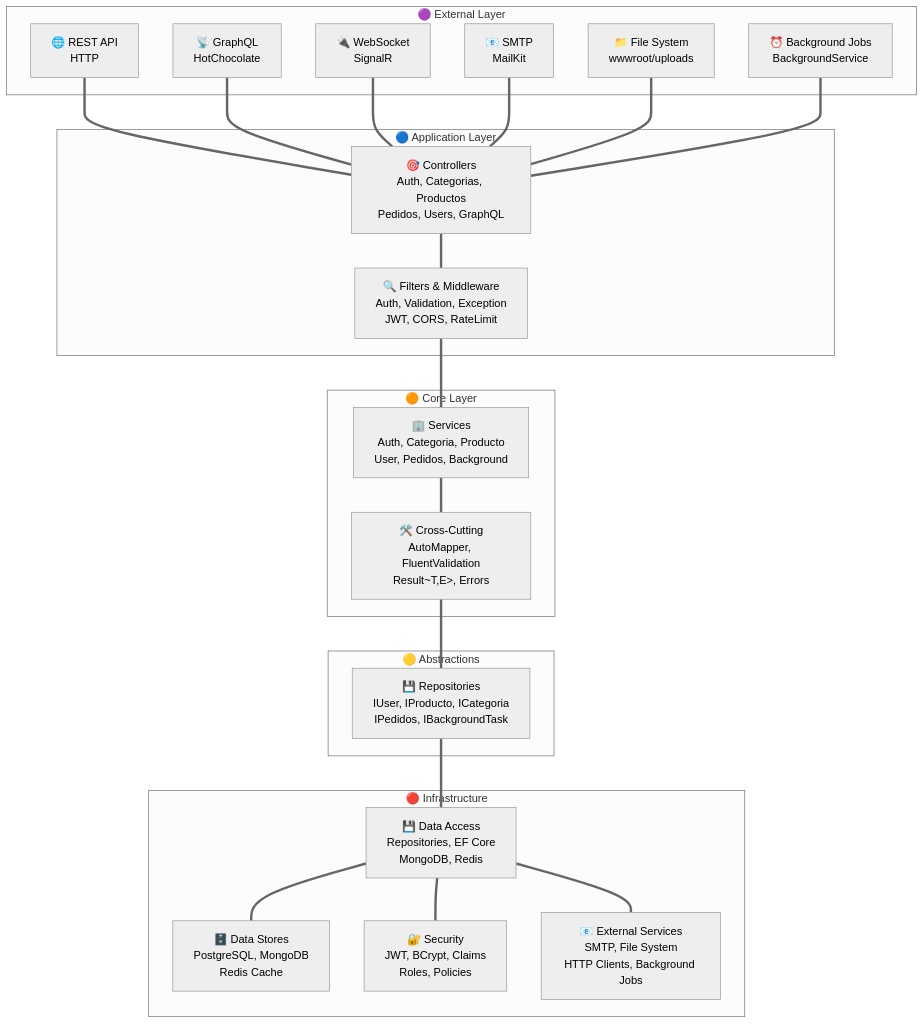
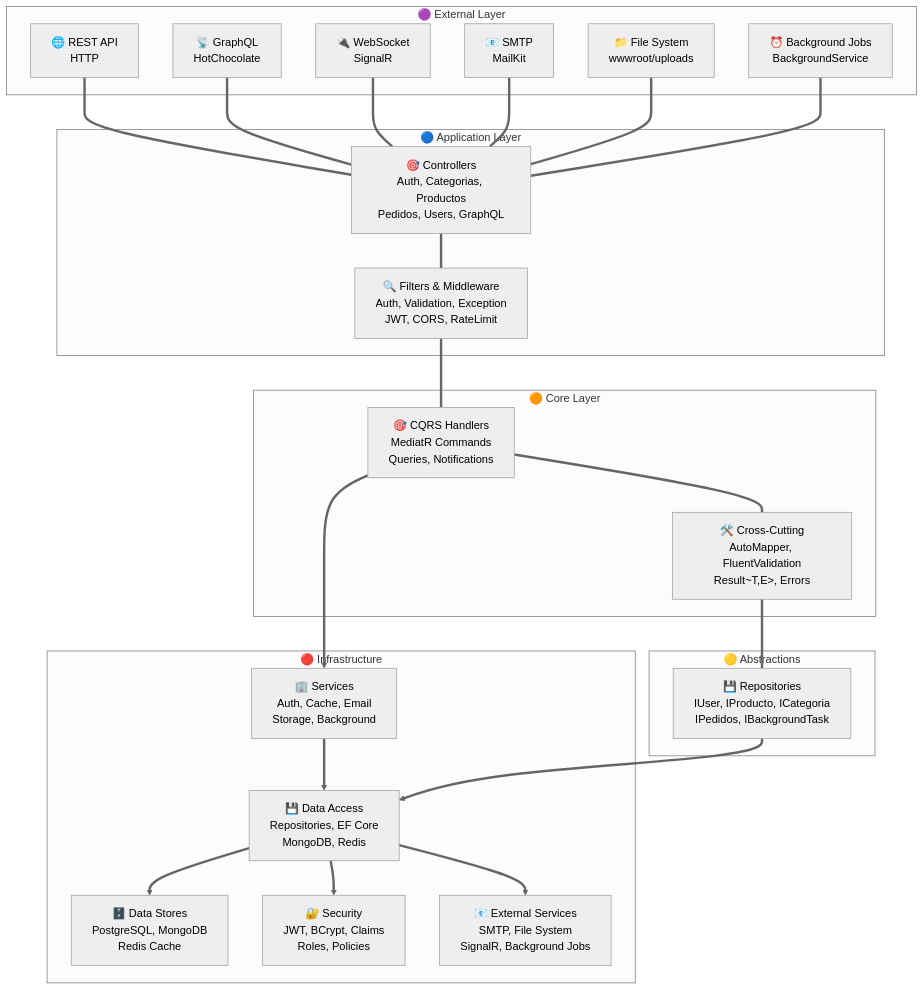
The fifth of 7 diagrams in README.md (joseluisgs/TiendaDawApi-Cqrs-MediatR-NetCore), drawn with Mermaid (neutral theme) before and after one commit. The commit also changed other lines of this file, not shown here.

Commit message:
refactor: mejorar la documentación y estructura del README.md para reflejar la implementación de CQRS con MediatR

````diff
--- a/README.md
+++ b/README.md
@@ -835,40 +822,43 @@
 ```mermaid
 graph TB
     subgraph "🟣 External Layer" 
         REST["🌐 REST API<br/>HTTP"]
         GQL["📡 GraphQL<br/>HotChocolate"]
         WS["🔌 WebSocket<br/>SignalR"]
         SMTP["📧 SMTP<br/>MailKit"]
         FS["📁 File System<br/>wwwroot/uploads"]
         BG["⏰ Background Jobs<br/>BackgroundService"]
     end
 
     subgraph "🔵 Application Layer"
         CTRL["🎯 Controllers<br/>Auth, Categorias, Productos<br/>Pedidos, Users, GraphQL"]
         FILT["🔍 Filters & Middleware<br/>Auth, Validation, Exception<br/>JWT, CORS, RateLimit"]
     end
 
     subgraph "🟠 Core Layer"
-        SVC["🏢 Services<br/>Auth, Categoria, Producto<br/>User, Pedidos, Background"]
+        CQRS["🎯 CQRS Handlers<br/>MediatR Commands<br/>Queries, Notifications"]
         CCC["🛠️ Cross-Cutting<br/>AutoMapper, FluentValidation<br/>Result~T,E&gt;, Errors"]
     end
 
     subgraph "🟡 Abstractions"
         REPO["💾 Repositories<br/>IUser, IProducto, ICategoria<br/>IPedidos, IBackgroundTask"]
     end
 
     subgraph "🔴 Infrastructure"
         DA["💾 Data Access<br/>Repositories, EF Core<br/>MongoDB, Redis"]
+        SVC["🏢 Services<br/>Auth, Cache, Email<br/>Storage, Background"]
         DS["🗄️ Data Stores<br/>PostgreSQL, MongoDB<br/>Redis Cache"]
         SEC["🔐 Security<br/>JWT, BCrypt, Claims<br/>Roles, Policies"]
-        EXT["📧 External Services<br/>SMTP, File System<br/>HTTP Clients, Background Jobs"]
+        EXT["📧 External Services<br/>SMTP, File System<br/>SignalR, Background Jobs"]
     end
 
     REST & GQL & WS & SMTP & FS & BG === CTRL
     CTRL === FILT
-    FILT === SVC
-    SVC === CCC
+    FILT === CQRS
+    CQRS === CCC
     CCC === REPO
-    REPO === DA
-    DA === DS & SEC & EXT
+    CQRS ==> SVC
+    SVC ==> DA
+    REPO ==> DA
+    DA ==> DS & SEC & EXT
 ```
````
